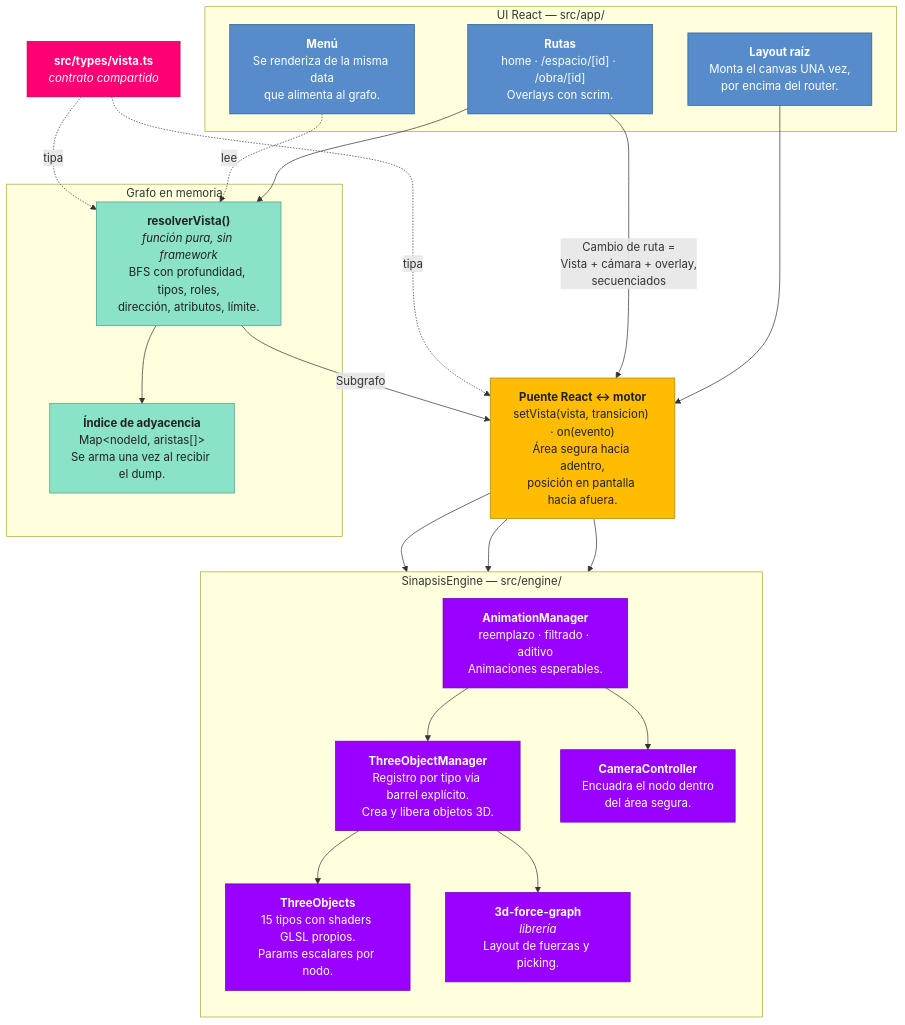
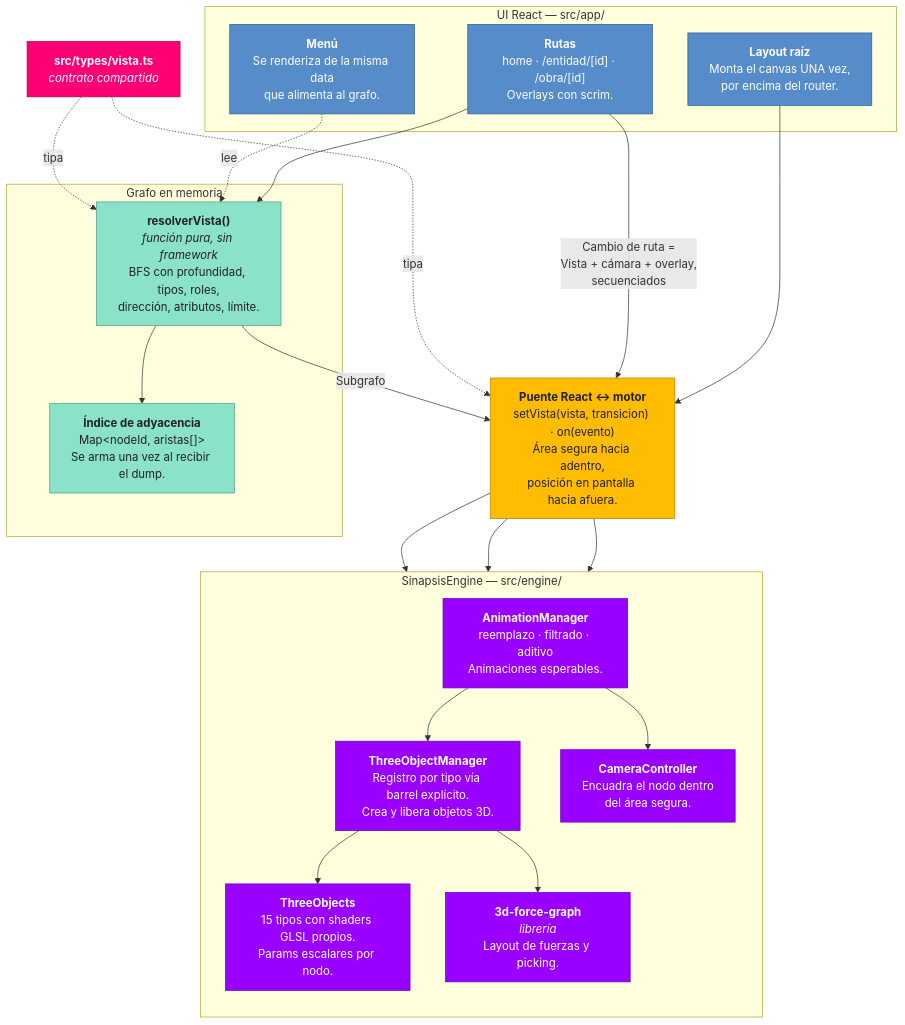
The third of 5 diagrams in docs/ARCHITECTURE.md (TropicalPoncho/sinapsis-front), drawn with Mermaid before and after one commit. The commit also changed other lines of this file and 11 other files, not shown here.

Commit message:
refactor: ENTIDAD + subtipo replace ARTISTA/ESPACIO/SERIE/STUB, created_by, terminology

````diff
--- a/docs/ARCHITECTURE.md
+++ b/docs/ARCHITECTURE.md
@@ -130,55 +130,55 @@
 ```mermaid
 flowchart TB
     subgraph react["UI React — src/app/"]
         layout["<b>Layout raíz</b><br/>Monta el canvas UNA vez,<br/>por encima del router."]
-        rutas["<b>Rutas</b><br/>home · /espacio/[id] · /obra/[id]<br/>Overlays con scrim."]
+        rutas["<b>Rutas</b><br/>home · /entidad/[id] · /obra/[id]<br/>Overlays con scrim."]
         menu["<b>Menú</b><br/>Se renderiza de la misma data<br/>que alimenta al grafo."]
     end
 
     puente["<b>Puente React ↔ motor</b><br/>setVista(vista, transicion) · on(evento)<br/>Área segura hacia adentro,<br/>posición en pantalla hacia afuera."]
 
     subgraph engine["SinapsisEngine — src/engine/"]
         direction TB
         objman["<b>ThreeObjectManager</b><br/>Registro por tipo vía barrel explícito.<br/>Crea y libera objetos 3D."]
         objs["<b>ThreeObjects</b><br/>15 tipos con shaders GLSL propios.<br/>Params escalares por nodo."]
         camara["<b>CameraController</b><br/>Encuadra el nodo dentro<br/>del área segura."]
         anim["<b>AnimationManager</b><br/>reemplazo · filtrado · aditivo<br/>Animaciones esperables."]
         force["<b>3d-force-graph</b><br/><i>librería</i><br/>Layout de fuerzas y picking."]
     end
 
     subgraph datos["Grafo en memoria"]
         adyacencia["<b>Índice de adyacencia</b><br/>Map&lt;nodeId, aristas[]&gt;<br/>Se arma una vez al recibir el dump."]
         resolver["<b>resolverVista()</b><br/><i>función pura, sin framework</i><br/>BFS con profundidad, tipos, roles,<br/>dirección, atributos, límite."]
     end
 
     contrato["<b>src/types/vista.ts</b><br/><i>contrato compartido</i>"]
 
     layout --> puente
     rutas -->|"Cambio de ruta =<br/>Vista + cámara + overlay,<br/>secuenciados"| puente
     rutas --> resolver
     resolver --> adyacencia
     resolver -->|"Subgrafo"| puente
     puente --> objman
     puente --> camara
     puente --> anim
     objman --> objs
     anim --> objman
     anim --> camara
     objman --> force
     menu -.->|"lee"| resolver
 
     contrato -.->|"tipa"| resolver
     contrato -.->|"tipa"| puente
 
     classDef reactc fill:#578CCB,stroke:#2c5a8f,color:#fff
     classDef enginec fill:#9900FF,stroke:#6b00b3,color:#fff
     classDef datac fill:#8AE2C8,stroke:#4a9e85,color:#222
     classDef puentec fill:#FFBC00,stroke:#b38400,color:#222
     classDef contratoc fill:#FF0074,stroke:#b30052,color:#fff
 
     class layout,rutas,menu reactc
     class objman,objs,camara,anim,force enginec
     class adyacencia,resolver datac
     class puente puentec
     class contrato contratoc
 ```
````
